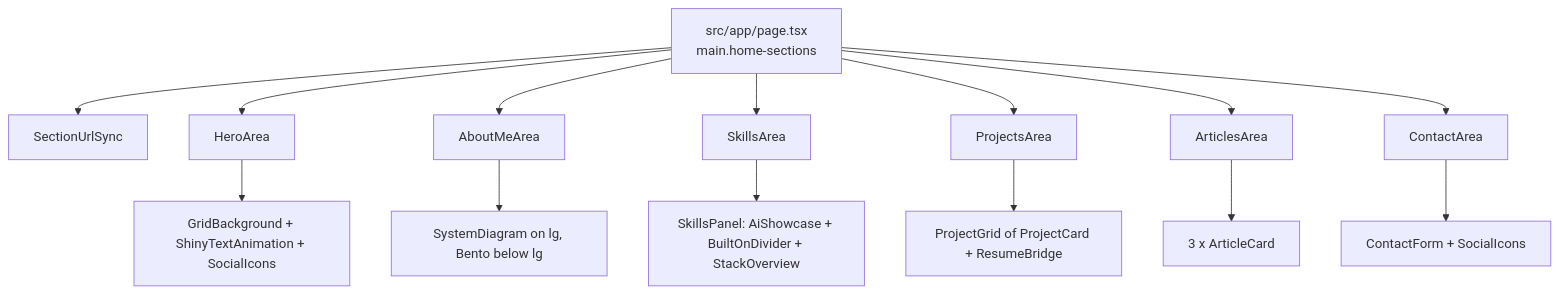
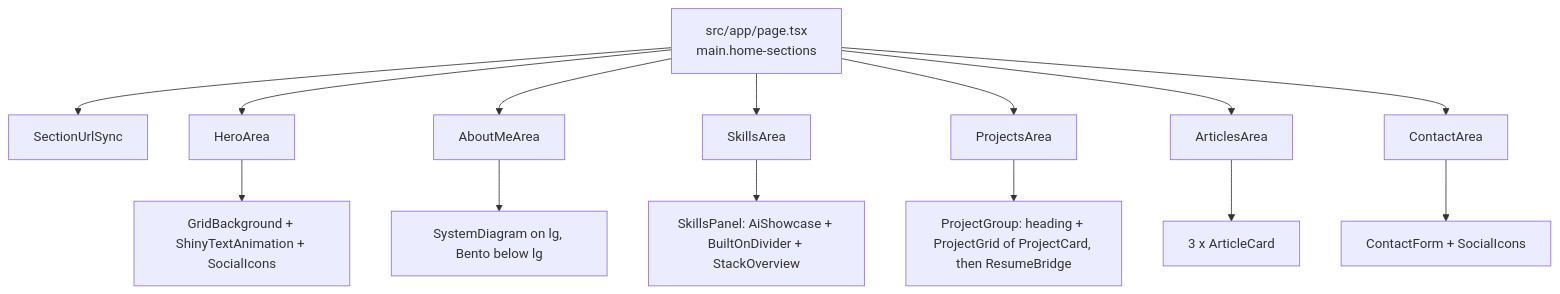
Before and after one commit to shibbirweb/shibbirweb.github.io: the diagram in docs/wiki/Home-Page.md, drawn with Mermaid. The commit also changed other lines of this file and 24 other files, not shown here.

````diff
--- a/docs/wiki/Home-Page.md
+++ b/docs/wiki/Home-Page.md
@@ -18,16 +18,16 @@
 ```mermaid
 flowchart TD
     P[src/app/page.tsx<br/>main.home-sections] --> S0[SectionUrlSync]
     P --> H[HeroArea]
     P --> A[AboutMeArea]
     P --> SK[SkillsArea]
     P --> PR[ProjectsArea]
     P --> AR[ArticlesArea]
     P --> C[ContactArea]
     H --> H1[GridBackground + ShinyTextAnimation + SocialIcons]
     A --> A1[SystemDiagram on lg, Bento below lg]
     SK --> SK1[SkillsPanel: AiShowcase + BuiltOnDivider + StackOverview]
-    PR --> PR1[ProjectGrid of ProjectCard + ResumeBridge]
+    PR --> PR1[ProjectGroup: heading + ProjectGrid of ProjectCard, then ResumeBridge]
     AR --> AR1[3 x ArticleCard]
     C --> C1[ContactForm + SocialIcons]
 ```
````
